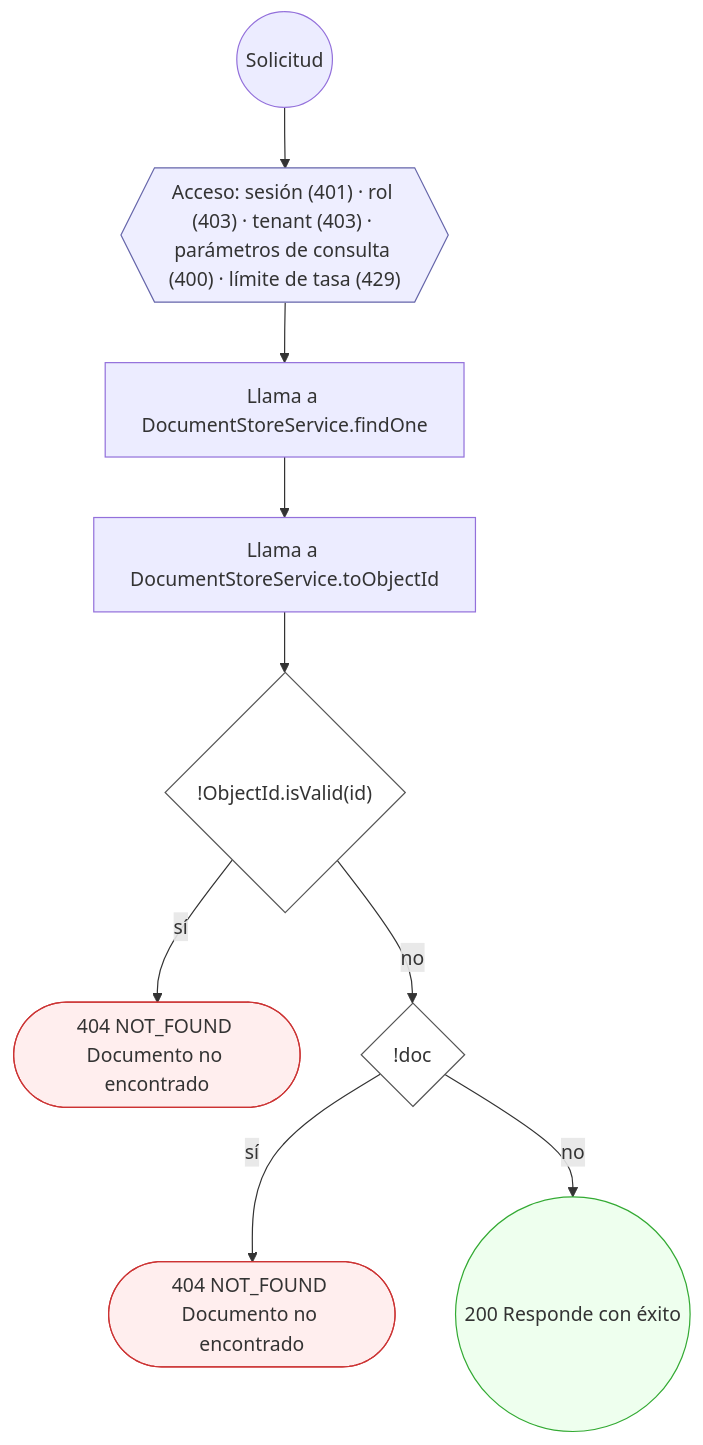
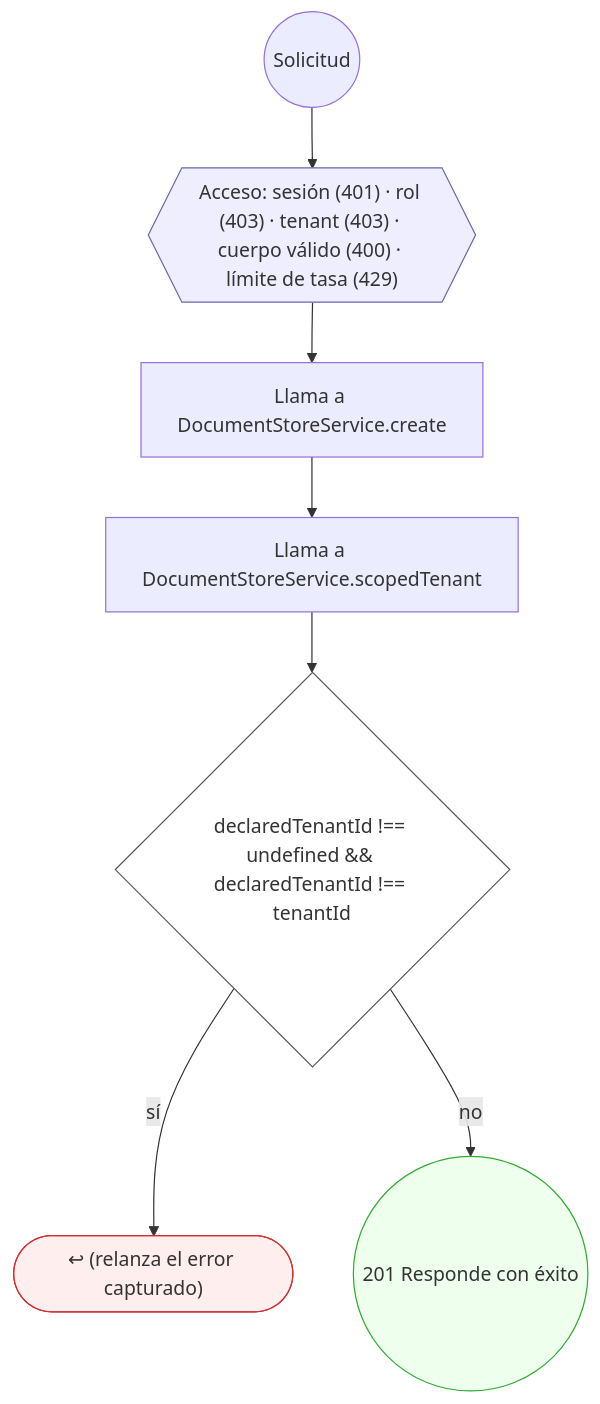
The third of 6 diagrams in docs/inventario/flujos/document_store.md (mdavila-2001/mantra-core-health-api), drawn with Mermaid before and after one commit. The commit also changed other lines of this file and 438 other files, not shown here.

````diff
--- a/docs/inventario/flujos/document_store.md
+++ b/docs/inventario/flujos/document_store.md
@@ -115,26 +107,22 @@
 ```mermaid
 flowchart TD
   n1(("Solicitud")):::inicio
-  n2{{"Acceso: sesión (401) · rol (403) · tenant (403) · parámetros de consulta (400) · límite de tasa (429)"}}:::acceso
+  n2{{"Acceso: sesión (401) · rol (403) · tenant (403) · cuerpo válido (400) · límite de tasa (429)"}}:::acceso
   n1 --> n2
-  n3["Llama a DocumentStoreService.findOne"]:::llamada
+  n3["Llama a DocumentStoreService.create"]:::llamada
   n2 --> n3
-  n4["Llama a DocumentStoreService.toObjectId"]:::llamada
+  n4["Llama a DocumentStoreService.scopedTenant"]:::llamada
   n3 --> n4
-  n5{"!ObjectId.isValid(id)"}:::decision
+  n5{"declaredTenantId !== undefined && declaredTenantId !== tenantId"}:::decision
   n4 --> n5
-  n6(["404 NOT_FOUND Documento no encontrado"]):::error
+  n6(["↩ (relanza el error capturado)"]):::error
   n5 -->|"sí"| n6
-  n7{"!doc"}:::decision
+  n7(("201 Responde con éxito")):::ok
   n5 -->|"no"| n7
-  n8(["404 NOT_FOUND Documento no encontrado"]):::error
-  n7 -->|"sí"| n8
-  n9(("200 Responde con éxito")):::ok
-  n7 -->|"no"| n9
   classDef acceso fill:#eef,stroke:#66a
   classDef error fill:#fee,stroke:#c33
   classDef ok fill:#efe,stroke:#3a3
   classDef efecto fill:#ffd,stroke:#aa3
   classDef decision fill:#fff,stroke:#555
   classDef corte fill:#eee,stroke:#999,stroke-dasharray: 4
 ```
````
